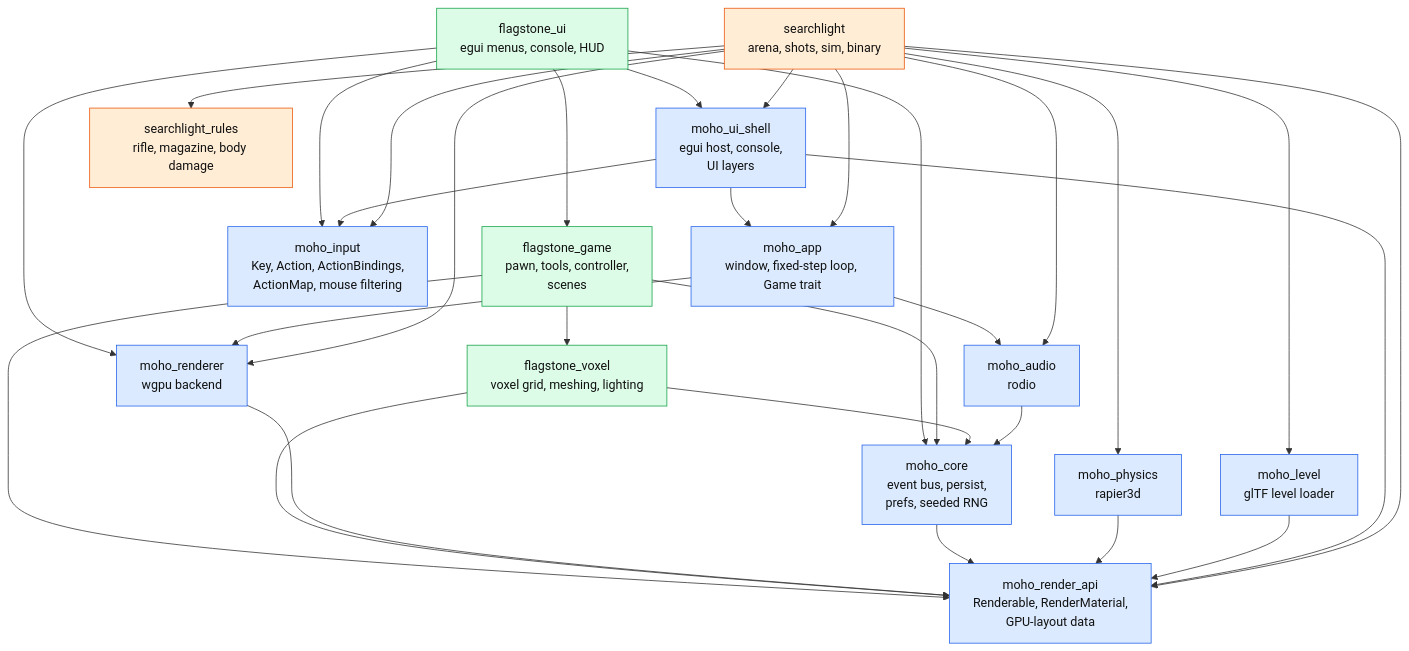
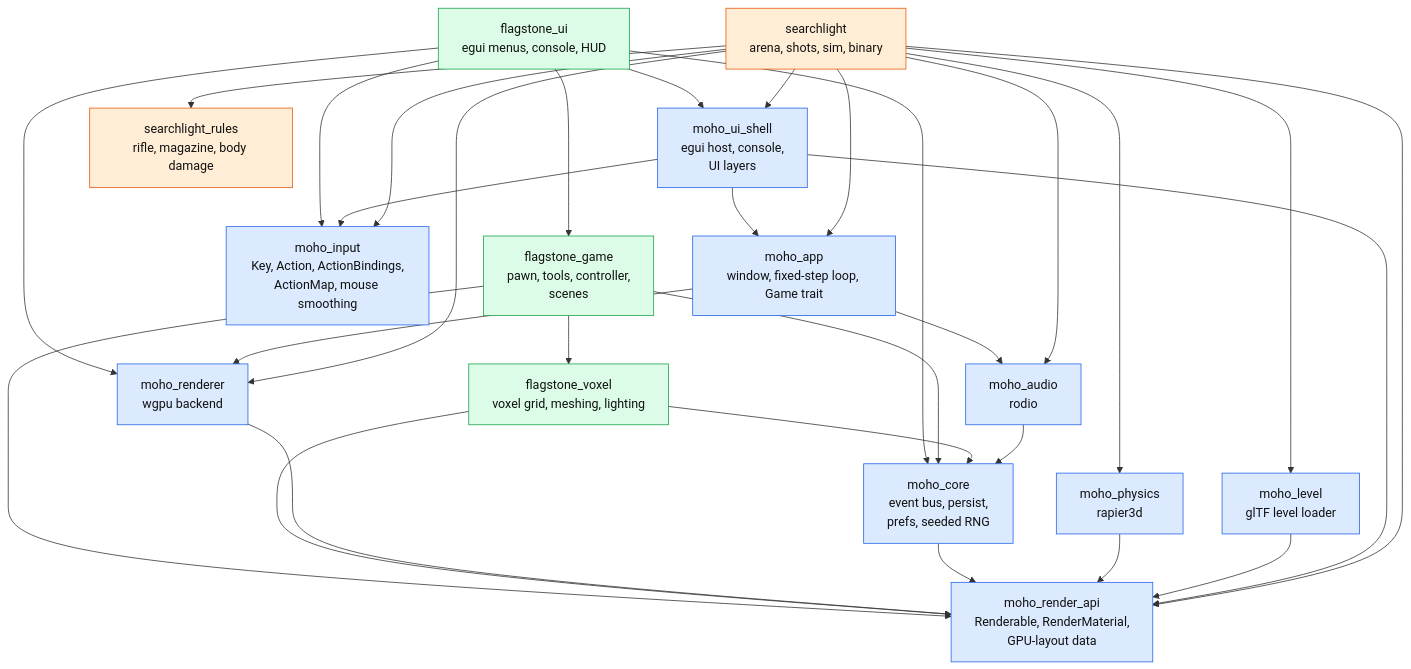
Before and after one commit to WrackedFella/moho: the first of 3 diagrams in wiki/architecture/overview.md, drawn with Mermaid. The commit also changed other lines of this file and 3 other files, not shown here.

First line of the commit message:
docs(input): describe mouse smoothing and the mouse_smoothing pref

````diff
--- a/wiki/architecture/overview.md
+++ b/wiki/architecture/overview.md
@@ -18,34 +18,34 @@
 ```mermaid
 flowchart TD
     ui["flagstone_ui<br/>egui menus, console, HUD"]:::strategy
     game["flagstone_game<br/>pawn, tools, controller,<br/>scenes"]:::strategy
     voxel["flagstone_voxel<br/>voxel grid, meshing, lighting"]:::strategy
 
     renderer["moho_renderer<br/>wgpu backend"]:::engine
     rapi["moho_render_api<br/>Renderable, RenderMaterial,<br/>GPU-layout data"]:::engine
     core["moho_core<br/>event bus, persist,<br/>prefs, seeded RNG"]:::engine
     audio["moho_audio<br/>rodio"]:::engine
     physics["moho_physics<br/>rapier3d"]:::engine
-    input["moho_input<br/>Key, Action, ActionBindings,<br/>ActionMap, mouse filtering"]:::engine
+    input["moho_input<br/>Key, Action, ActionBindings,<br/>ActionMap, mouse smoothing"]:::engine
     app["moho_app<br/>window, fixed-step loop, Game trait"]:::engine
     level["moho_level<br/>glTF level loader"]:::engine
     shell["moho_ui_shell<br/>egui host, console,<br/>UI layers"]:::engine
     fps["searchlight_rules<br/>rifle, magazine, body damage"]:::fps
     fpsgame["searchlight<br/>arena, shots, sim, binary"]:::fps
 
     ui --> renderer & input & core & game & shell
     game --> core & rapi & voxel
     voxel --> core & rapi
     renderer --> rapi
     app --> renderer & audio
     audio --> core
     core --> rapi
     physics --> rapi
     level --> rapi
     shell --> rapi & input & app
     fpsgame --> fps & app & physics & level & input & audio & renderer & rapi & shell
 
     classDef engine fill:#dbeafe,stroke:#2563eb,color:#111
     classDef strategy fill:#dcfce7,stroke:#16a34a,color:#111
     classDef fps fill:#ffedd5,stroke:#ea580c,color:#111
 ```
````
